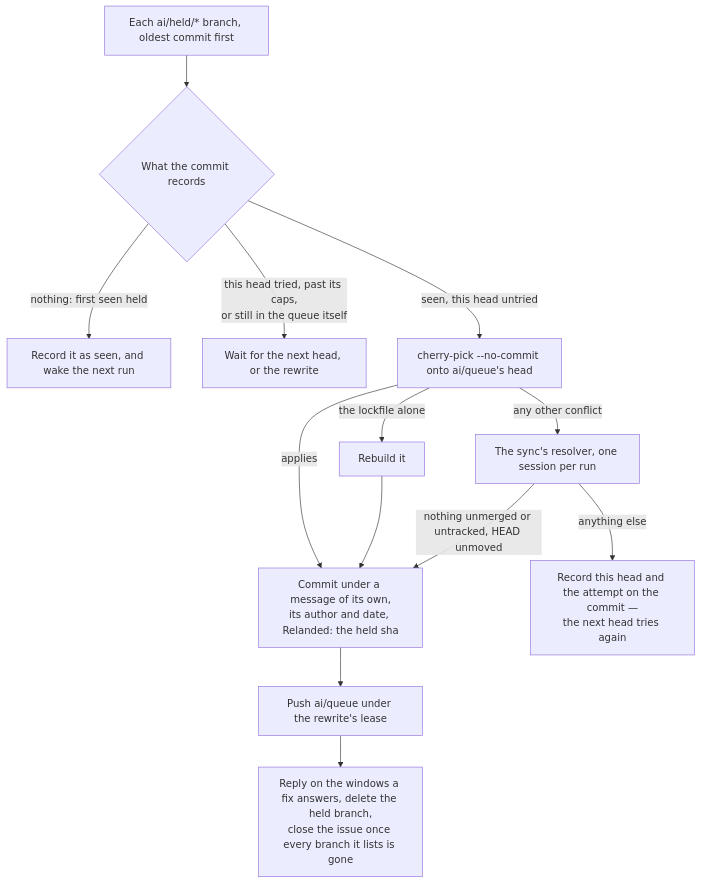
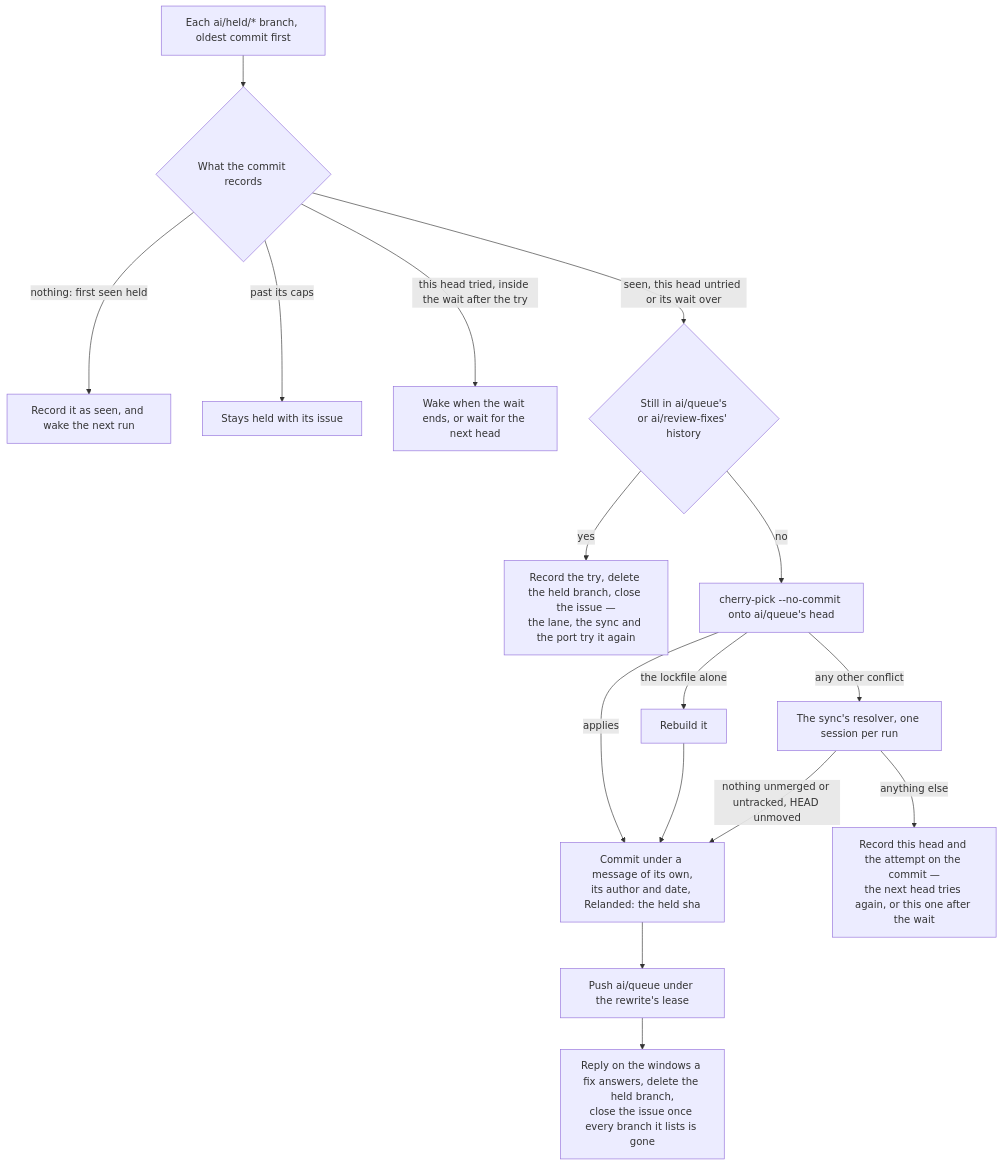
One commit to Esposter/Esposter changed the fourth of 4 diagrams in apps/web/content/docs/infra/review-collector/collection-cycle.md. Above: the diagram before and after it, drawn with Mermaid. The commit also changed other lines of this file and 6 other files, not shown here.

First line of the commit message:
docs(review-collector): a held commit a branch still carries is let go for the paths that parked it, and a failed re-land waits and tries the same head again

````diff
--- a/apps/web/content/docs/infra/review-collector/collection-cycle.md
+++ b/apps/web/content/docs/infra/review-collector/collection-cycle.md
@@ -191,13 +193,16 @@
 ```mermaid
 flowchart TD
   H[Each ai/held/* branch, oldest commit first] --> S{What the commit records}
   S -->|nothing: first seen held| R[Record it as seen, and wake the next run]
-  S -->|this head tried, past its caps,<br/>or still in the queue itself| W[Wait for the next head, or the rewrite]
-  S -->|seen, this head untried| P[cherry-pick --no-commit onto ai/queue's head]
+  S -->|past its caps| K[Stays held with its issue]
+  S -->|this head tried, inside the wait after the try| W[Wake when the wait ends, or wait for the next head]
+  S -->|seen, this head untried or its wait over| Q{Still in ai/queue's<br/>or ai/review-fixes' history}
+  Q -->|yes| O[Record the try, delete the held branch, close the issue —<br/>the lane, the sync and the port try it again]
+  Q -->|no| P[cherry-pick --no-commit onto ai/queue's head]
   P -->|applies| C[Commit under a message of its own,<br/>its author and date, Relanded: the held sha]
   P -->|the lockfile alone| L[Rebuild it] --> C
   P -->|any other conflict| X[The sync's resolver, one session per run]
   X -->|nothing unmerged or untracked, HEAD unmoved| C
-  X -->|anything else| F[Record this head and the attempt on the commit —<br/>the next head tries again]
+  X -->|anything else| F[Record this head and the attempt on the commit —<br/>the next head tries again, or this one after the wait]
   C --> U[Push ai/queue under the rewrite's lease] --> D[Reply on the windows a fix answers, delete the held branch,<br/>close the issue once every branch it lists is gone]
 ```
````
